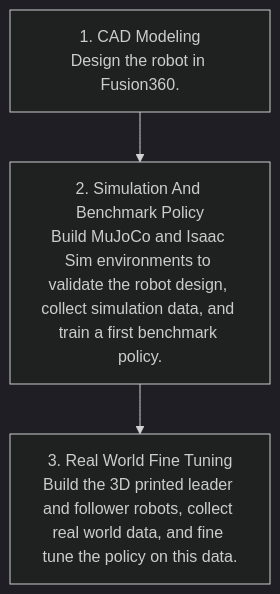
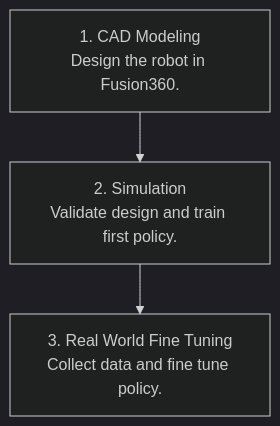
One commit to tmeynier/hepha changed the diagram in README.md. Above: the diagram before and after it, drawn with Mermaid (dark theme). The commit also changed other lines of this file, not shown here.

````diff
--- a/README.md
+++ b/README.md
@@ -304,7 +493,7 @@
 ```mermaid
 flowchart TD
     A["1. CAD Modeling<br/>Design the robot in Fusion360."]
-    B["2. Simulation And Benchmark Policy<br/>Build MuJoCo and Isaac Sim environments to validate the robot design, collect simulation data, and train a first benchmark policy."]
-    C["3. Real World Fine Tuning<br/>Build the 3D printed leader and follower robots, collect real world data, and fine tune the policy on this data."]
+    B["2. Simulation<br/>Validate design and train first policy."]
+    C["3. Real World Fine Tuning<br/>Collect data and fine tune policy."]
     A --> B --> C
 ```
````
